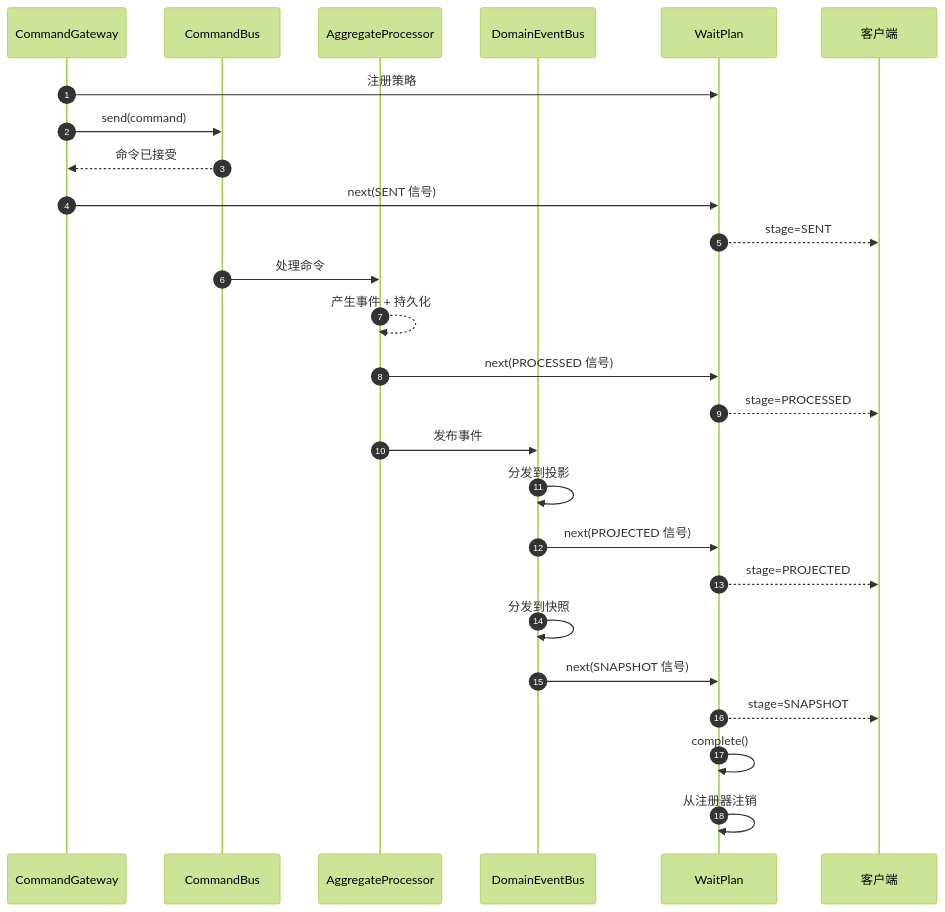
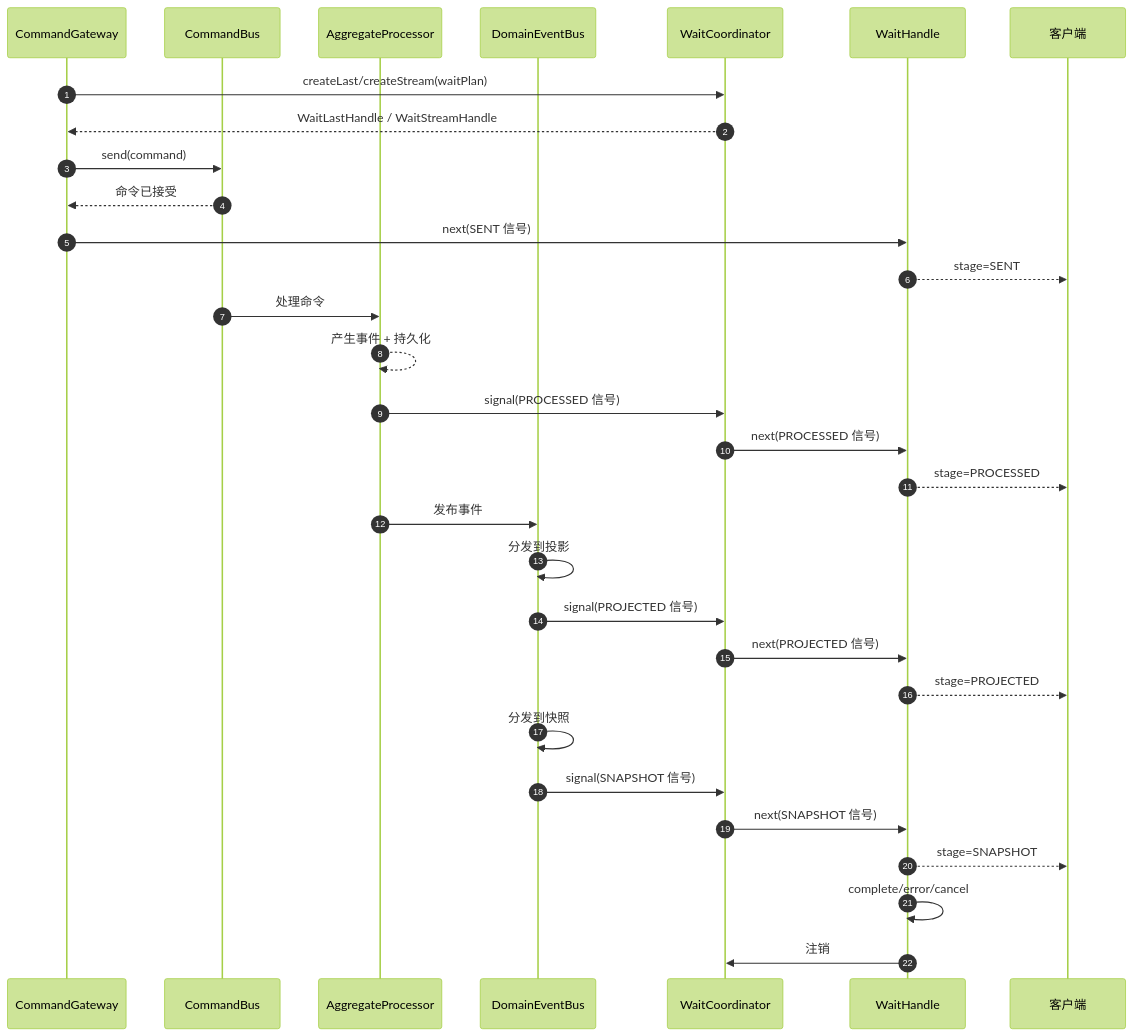
The eighth of 10 diagrams in documentation/docs/zh/guide/advanced/data-flow.md (Ahoo-Wang/Wow), drawn with Mermaid (forest theme) before and after one commit. The commit also changed other lines of this file and 11 other files, not shown here.

Commit message:
docs(core): update wait handle architecture docs

````diff
--- a/documentation/docs/zh/guide/advanced/data-flow.md
+++ b/documentation/docs/zh/guide/advanced/data-flow.md
@@ -339,35 +339,40 @@
 ```mermaid
 sequenceDiagram
     autonumber
     participant CG as CommandGateway
     participant CB as CommandBus
     participant AP as AggregateProcessor
     participant DEB as DomainEventBus
-    participant WS as WaitPlan
+    participant WC as WaitCoordinator
+    participant WH as WaitHandle
     participant Client as 客户端
 
-    CG->>WS: 注册策略
+    CG->>WC: createLast/createStream(waitPlan)
+    WC-->>CG: WaitLastHandle / WaitStreamHandle
     CG->>CB: send(command)
     CB-->>CG: 命令已接受
-    CG->>WS: next(SENT 信号)
-    WS-->>Client: stage=SENT
+    CG->>WH: next(SENT 信号)
+    WH-->>Client: stage=SENT
 
     CB->>AP: 处理命令
     AP-->>AP: 产生事件 + 持久化
-    AP->>WS: next(PROCESSED 信号)
-    WS-->>Client: stage=PROCESSED
+    AP->>WC: signal(PROCESSED 信号)
+    WC->>WH: next(PROCESSED 信号)
+    WH-->>Client: stage=PROCESSED
 
     AP->>DEB: 发布事件
     DEB->>DEB: 分发到投影
-    DEB->>WS: next(PROJECTED 信号)
-    WS-->>Client: stage=PROJECTED
+    DEB->>WC: signal(PROJECTED 信号)
+    WC->>WH: next(PROJECTED 信号)
+    WH-->>Client: stage=PROJECTED
 
     DEB->>DEB: 分发到快照
-    DEB->>WS: next(SNAPSHOT 信号)
-    WS-->>Client: stage=SNAPSHOT
+    DEB->>WC: signal(SNAPSHOT 信号)
+    WC->>WH: next(SNAPSHOT 信号)
+    WH-->>Client: stage=SNAPSHOT
 
-    WS->>WS: complete()
-    WS->>WS: 从注册器注销
+    WH->>WH: complete/error/cancel
+    WH->>WC: 注销
 
 
 ```
````
